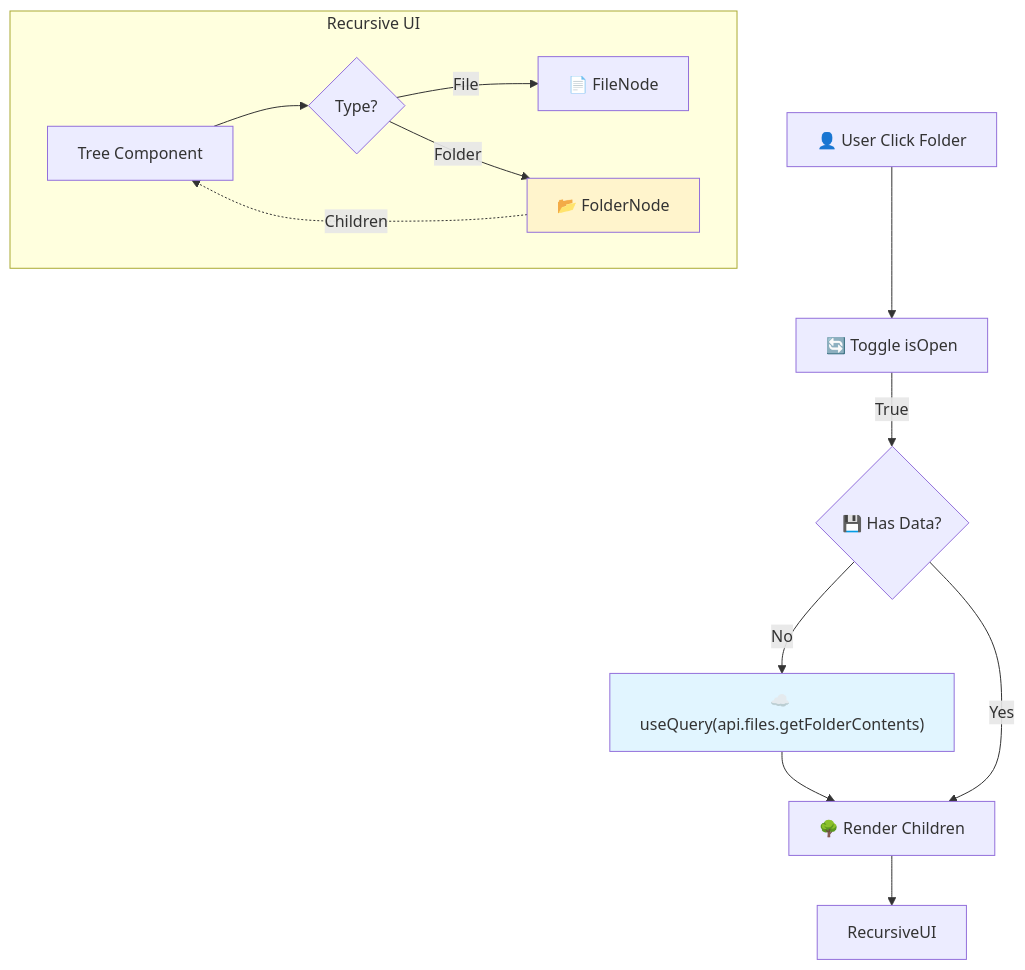
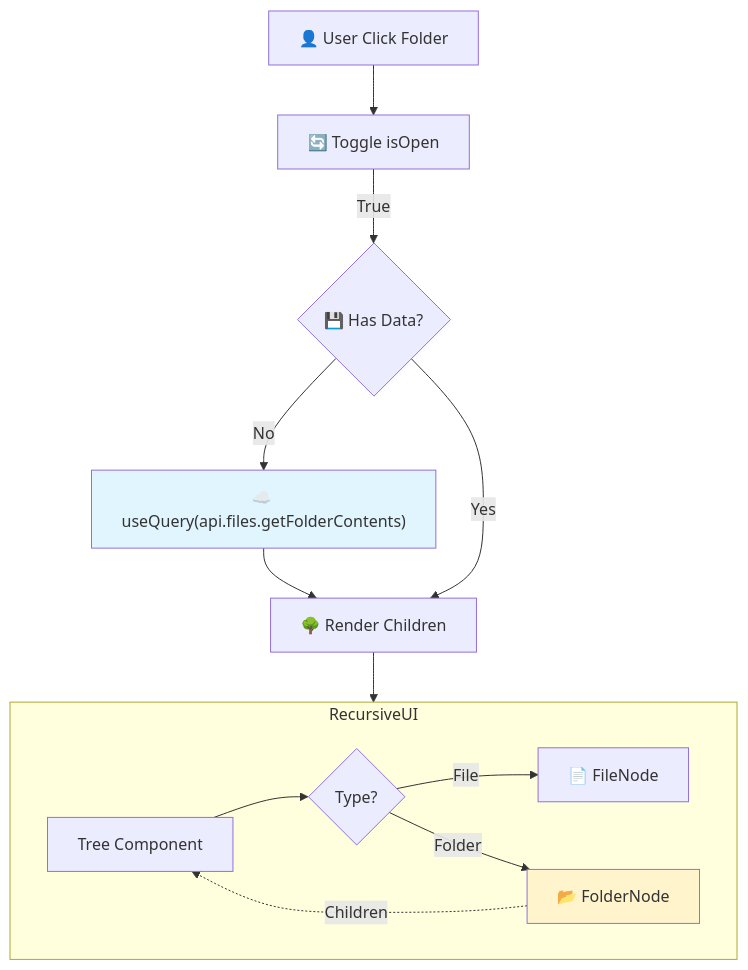
The seventh of 7 diagrams in docs/business-logic-mindmap.md (Code-with-Jok/v0-dev), drawn with Mermaid before and after one commit. The commit also changed 6 other files, not shown here.

````diff
--- a/docs/business-logic-mindmap.md
+++ b/docs/business-logic-mindmap.md
@@ -216,32 +216,32 @@
 ```mermaid
 flowchart TD
     UserClick["👤 User Click Folder"]
     Toggle["🔄 Toggle isOpen"]
 
     CheckData{"💾 Has Data?"}
     Fetch["☁️ useQuery(api.files.getFolderContents)"]
     Render["🌳 Render Children"]
 
     UserClick --> Toggle
     Toggle -->|True| CheckData
     CheckData -->|No| Fetch
     Fetch --> Render
     CheckData -->|Yes| Render
 
-    subgraph Recursive UI
+    subgraph RecursiveUI
         Tree["Tree Component"]
         Dispatcher{"Type?"}
         FileUI["📄 FileNode"]
         FolderUI["📂 FolderNode"]
 
         Tree --> Dispatcher
         Dispatcher -->|"File"| FileUI
         Dispatcher -->|"Folder"| FolderUI
         FolderUI -.->|"Children"| Tree
     end
 
     Render --> RecursiveUI
 
     style Fetch fill:#e1f5ff
     style FolderUI fill:#fff4cc
 ```
````
